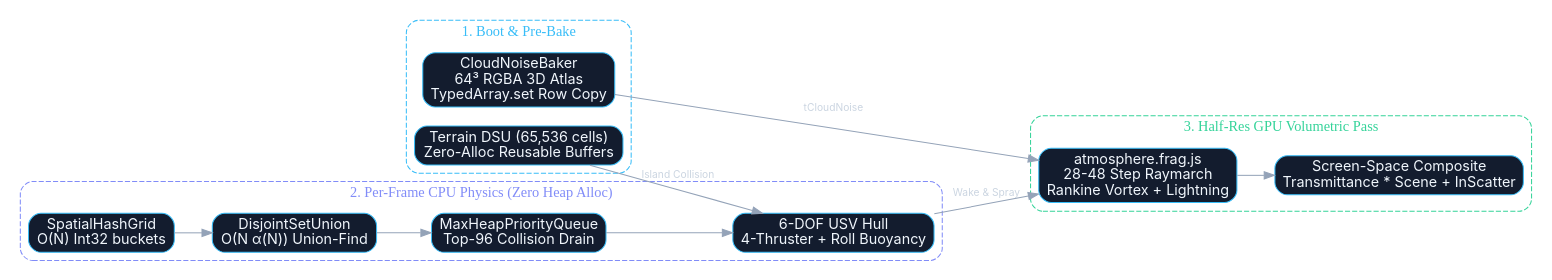
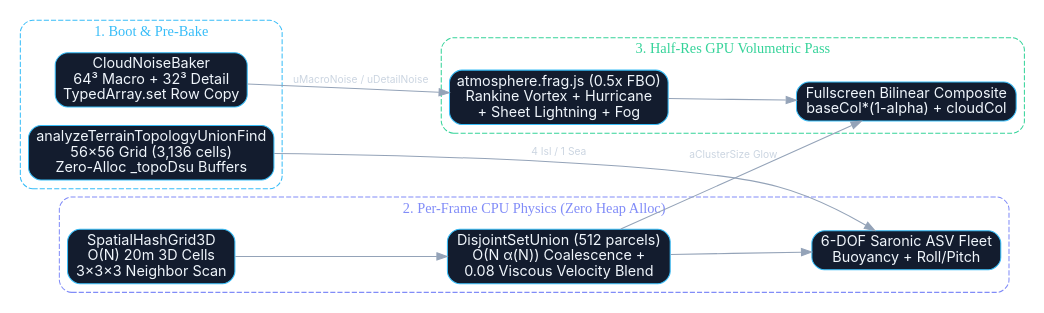
One commit to ssquinntran/atmosphere changed the first of 3 diagrams in README.md. Above: the diagram before and after it, drawn with Graphviz. The commit also changed other lines of this file, not shown here.

Commit message:
Add SpatialHashGrid3D + Union-Find vs Priority Queue appendix and 10 video scenarios to README

````diff
--- a/README.md
+++ b/README.md
@@ -28,30 +27,29 @@
 ```dot
 digraph AtmosphereEngine {
   rankdir=LR;
   node [shape=box, style="rounded,filled", fillcolor="#131c2e", fontcolor="#f0f6fc", color="#38bdf8", fontname="Inter"];
   edge [color="#94a3b8", fontcolor="#cbd5e1", fontname="Inter", fontsize=10];
 
   subgraph cluster_boot {
     label="1. Boot & Pre-Bake"; style="rounded,dashed"; color="#38bdf8"; fontcolor="#38bdf8";
-    Baker [label="CloudNoiseBaker\n64³ RGBA 3D Atlas\nTypedArray.set Row Copy"];
-    TopoDSU [label="Terrain DSU (65,536 cells)\nZero-Alloc Reusable Buffers"];
+    Baker [label="CloudNoiseBaker\n64³ Macro + 32³ Detail\nTypedArray.set Row Copy"];
+    TopoDSU [label="analyzeTerrainTopologyUnionFind\n56×56 Grid (3,136 cells)\nZero-Alloc _topoDsu Buffers"];
   }
   subgraph cluster_cpu {
     label="2. Per-Frame CPU Physics (Zero Heap Alloc)"; style="rounded,dashed"; color="#818cf8"; fontcolor="#818cf8";
-    Grid [label="SpatialHashGrid\nO(N) Int32 buckets"];
-    DSU [label="DisjointSetUnion\nO(N α(N)) Union-Find"];
-    PQ [label="MaxHeapPriorityQueue\nTop-96 Collision Drain"];
-    USV [label="6-DOF USV Hull\n4-Thruster + Roll Buoyancy"];
-    Grid -> DSU -> PQ -> USV;
+    Grid [label="SpatialHashGrid3D\nO(N) 20m 3D Cells\n3×3×3 Neighbor Scan"];
+    DSU [label="DisjointSetUnion (512 parcels)\nO(N α(N)) Coalescence +\n0.08 Viscous Velocity Blend"];
+    ASV [label="6-DOF Saronic ASV Fleet\nBuoyancy + Roll/Pitch"];
+    Grid -> DSU -> ASV;
   }
   subgraph cluster_gpu {
     label="3. Half-Res GPU Volumetric Pass"; style="rounded,dashed"; color="#34d399"; fontcolor="#34d399";
-    Frag [label="atmosphere.frag.js\n28-48 Step Raymarch\nRankine Vortex + Lightning"];
-    Comp [label="Screen-Space Composite\nTransmittance * Scene + InScatter"];
+    Frag [label="atmosphere.frag.js (0.5x FBO)\nRankine Vortex + Hurricane\n+ Sheet Lightning + Fog"];
+    Comp [label="Fullscreen Bilinear Composite\nbaseCol*(1-alpha) + cloudCol"];
     Frag -> Comp;
   }
-  Baker -> Frag [label="tCloudNoise"];
-  TopoDSU -> USV [label="Island Collision"];
-  USV -> Frag [label="Wake & Spray"];
+  Baker -> Frag [label="uMacroNoise / uDetailNoise"];
+  TopoDSU -> ASV [label="4 Isl / 1 Sea"];
+  DSU -> Comp [label="aClusterSize Glow"];
 }
 ```
````
